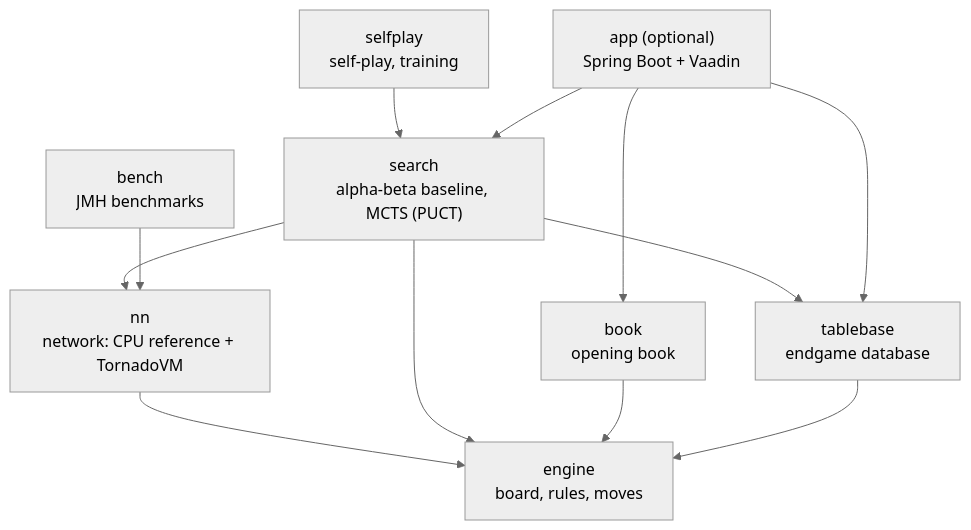
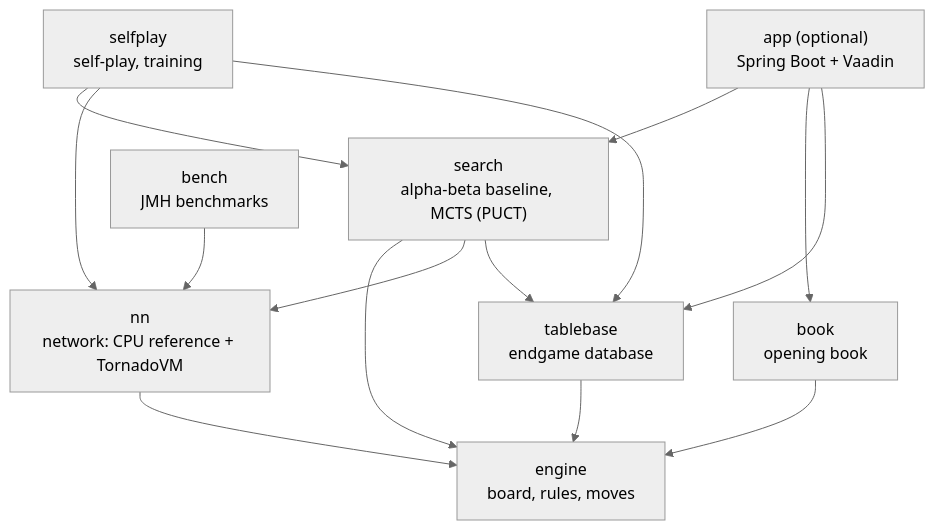
One commit to geggo98/marble-lantern changed the first of 3 diagrams in docs/architecture.md. Above: the diagram before and after it, drawn with Mermaid (neutral theme). The commit also changed other lines of this file and 33 other files, not shown here.

````diff
--- a/docs/architecture.md
+++ b/docs/architecture.md
@@ -43,23 +43,25 @@
 ```mermaid
 graph TD
     engine["engine<br/>board, rules, moves"]
     nn["nn<br/>network: CPU reference + TornadoVM"]
     search["search<br/>alpha-beta baseline, MCTS (PUCT)"]
     selfplay["selfplay<br/>self-play, training"]
     book["book<br/>opening book"]
     tablebase["tablebase<br/>endgame database"]
     bench["bench<br/>JMH benchmarks"]
     app["app (optional)<br/>Spring Boot + Vaadin"]
 
     nn --> engine
     search --> engine
     search --> nn
     search --> tablebase
     selfplay --> search
+    selfplay --> nn
+    selfplay --> tablebase
     book --> engine
     tablebase --> engine
     bench --> nn
     app --> search
     app --> book
     app --> tablebase
 ```
````
